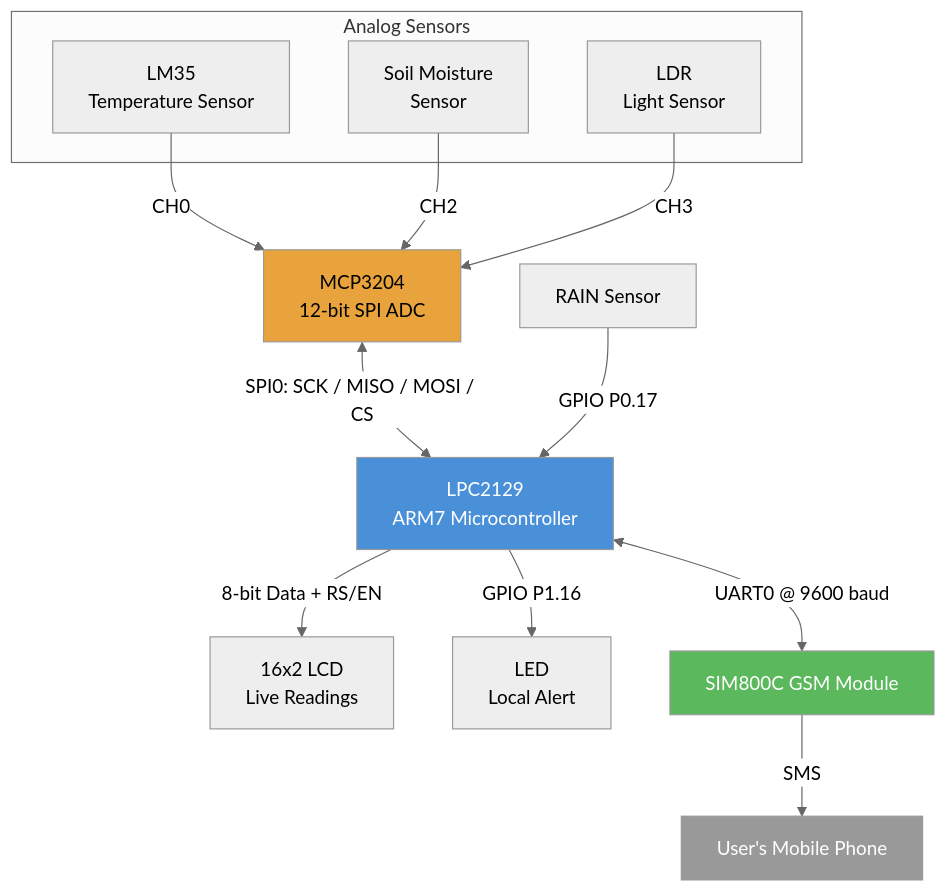
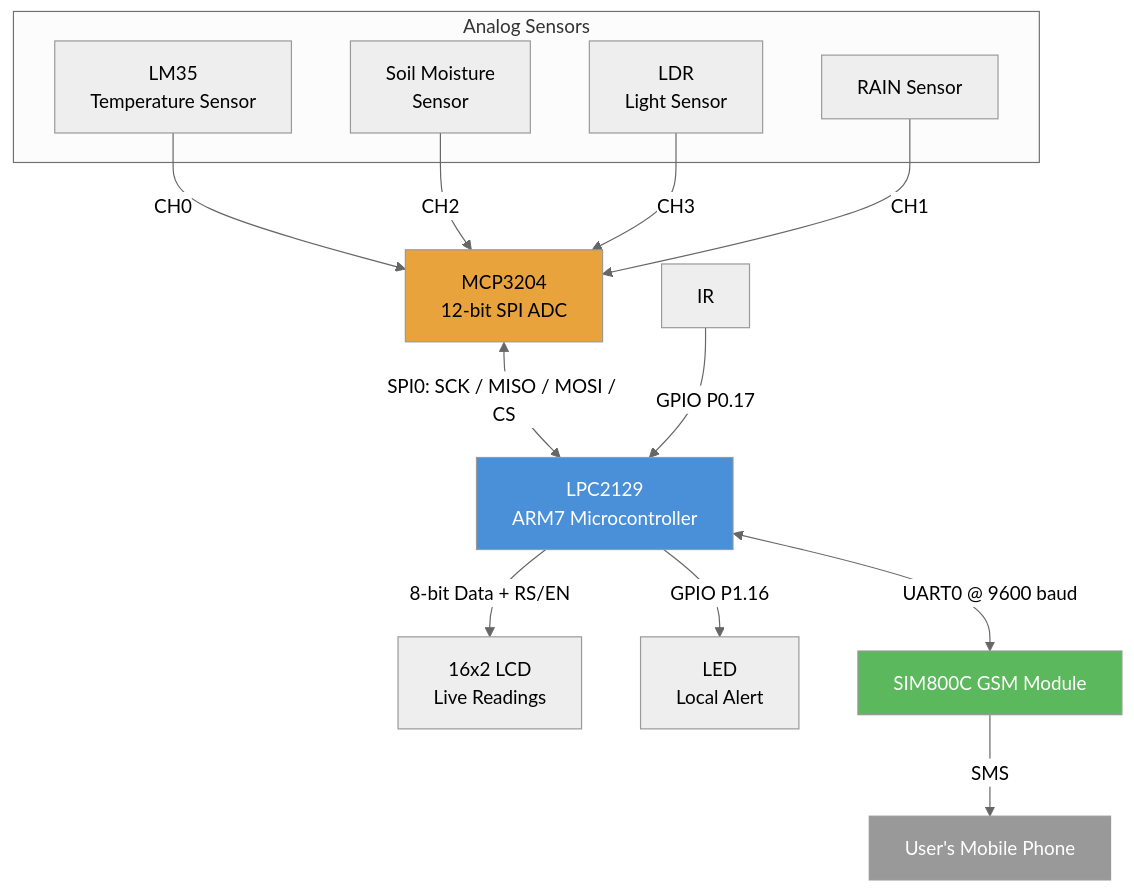
The diagram in README.md (va092765/Real_time_weather_monitoring_system_SPI), drawn with Mermaid (neutral theme) before and after one commit. The commit also changed other lines of this file, not shown here.

First line of the commit message:
Replace IR sensor with RAIN sensor in README

````diff
--- a/README.md
+++ b/README.md
@@ -7,27 +7,28 @@
 ```mermaid
 flowchart TB
     subgraph Sensors["Analog Sensors"]
         LM35["LM35\nTemperature Sensor"]
         SOIL["Soil Moisture\nSensor"]
         LDR["LDR\nLight Sensor"]
+        FC-37["RAIN Sensor\n"]
     end
-
-    IR["RAIN Sensor\n"]
 
     LM35 -->|CH0| ADC["MCP3204\n12-bit SPI ADC"]
     SOIL -->|CH2| ADC
     LDR -->|CH3| ADC
+    FC-37 -->|CH1| ADC
+
 
     ADC <-->|SPI0: SCK / MISO / MOSI / CS| MCU["LPC2129\nARM7 Microcontroller"]
     IR -->|GPIO P0.17| MCU
 
     MCU -->|8-bit Data + RS/EN| LCD["16x2 LCD\nLive Readings"]
     MCU -->|GPIO P1.16| ALERT["LED\nLocal Alert"]
     MCU <-->|UART0 @ 9600 baud| GSM["SIM800C GSM Module"]
     GSM -->|SMS| PHONE["User's Mobile Phone"]
 
     style MCU fill:#4a90d9,color:#fff
     style ADC fill:#e8a33d,color:#000
     style GSM fill:#5cb85c,color:#fff
     style PHONE fill:#999,color:#fff
 ```
````
